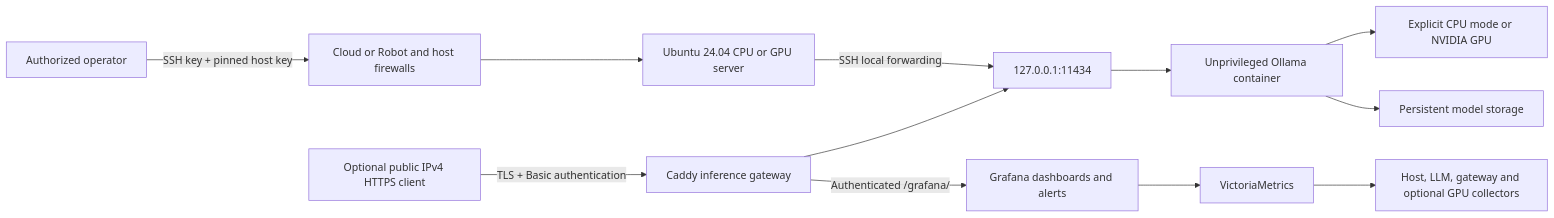
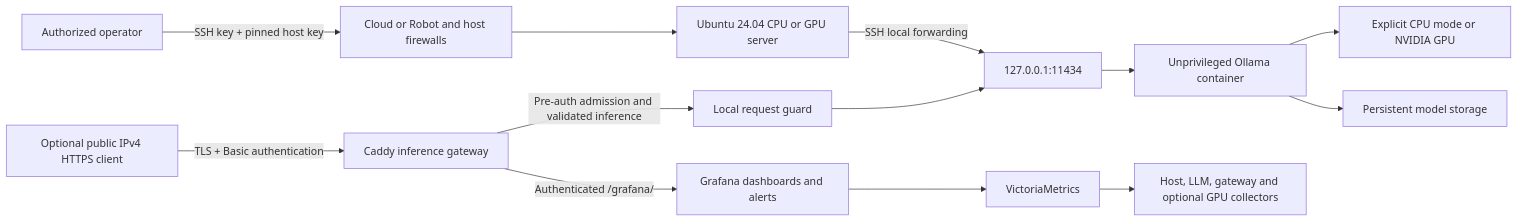
The diagram in README.md (thuban-arrakis/hetzner-gpu-llm-ansible), drawn with Mermaid before and after one commit. The commit also changed other lines of this file and 28 other files, not shown here.

Commit message:
Enforce API admission and inference budgets with live monitoring

````diff
--- a/README.md
+++ b/README.md
@@ -33,14 +33,15 @@
 ```mermaid
 flowchart LR
     C[Authorized operator] -->|SSH key + pinned host key| F[Cloud or Robot and host firewalls]
     F --> H[Ubuntu 24.04 CPU or GPU server]
     H -->|SSH local forwarding| A[127.0.0.1:11434]
     A --> O[Unprivileged Ollama container]
     O --> G[Explicit CPU mode or NVIDIA GPU]
     O --> V[Persistent model storage]
     P[Optional public IPv4 HTTPS client] -->|TLS + Basic authentication| T[Caddy inference gateway]
-    T --> A
+    T -->|Pre-auth admission and validated inference| Q[Local request guard]
+    Q --> A
     T -->|Authenticated /grafana/| D[Grafana dashboards and alerts]
     D --> M[VictoriaMetrics]
     M --> E[Host, LLM, gateway and optional GPU collectors]
 ```
````
